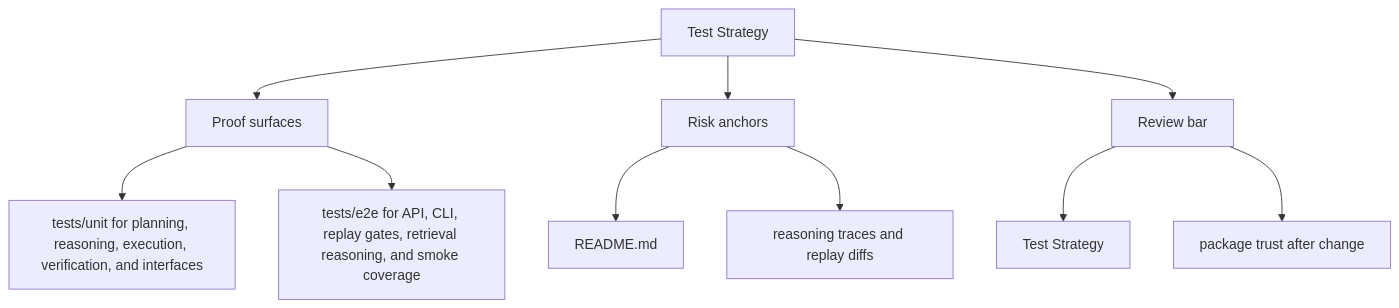
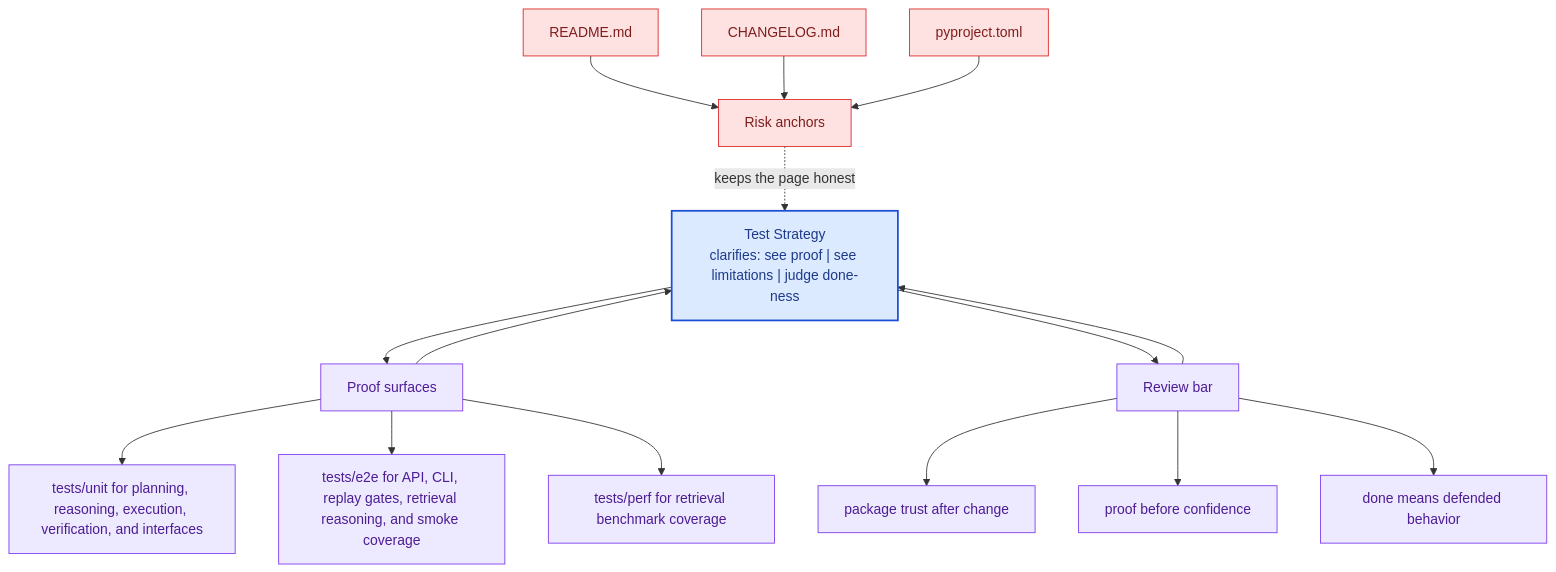
The second of 2 diagrams in docs/bijux-canon-reason/quality/test-strategy.md (bijux/bijux-canon), drawn with Mermaid before and after one commit. The commit also changed other lines of this file and 281 other files, not shown here.

Commit message:
docs(diagrams): deepen handbook mermaid maps across the catalog

````diff
--- a/docs/bijux-canon-reason/quality/test-strategy.md
+++ b/docs/bijux-canon-reason/quality/test-strategy.md
@@ -34,22 +67,41 @@
 ```mermaid
-flowchart TD
-    page["Test Strategy"]
+flowchart TB
+    promise["Test Strategy<br/>clarifies: see proof | see limitations | judge done-ness"]
+    classDef promise fill:#dbeafe,stroke:#1d4ed8,color:#1e3a8a,stroke-width:2px;
+    classDef driver fill:#dcfce7,stroke:#16a34a,color:#14532d;
+    classDef constraint fill:#fee2e2,stroke:#dc2626,color:#7f1d1d;
+    classDef ground fill:#ede9fe,stroke:#7c3aed,color:#4c1d95;
     focus1["Proof surfaces"]
-    page --> focus1
+    focus1 --> promise
+    promise --> focus1
     focus1_1["tests/unit for planning, reasoning, execution, verification, and interfaces"]
     focus1 --> focus1_1
     focus1_2["tests/e2e for API, CLI, replay gates, retrieval reasoning, and smoke coverage"]
     focus1 --> focus1_2
+    focus1_3["tests/perf for retrieval benchmark coverage"]
+    focus1 --> focus1_3
+    class focus1 ground;
+    class focus1_1,focus1_2,focus1_3 ground;
     focus2["Risk anchors"]
-    page --> focus2
+    focus2 -.keeps the page honest.-> promise
     focus2_1["README.md"]
-    focus2 --> focus2_1
-    focus2_2["reasoning traces and replay diffs"]
-    focus2 --> focus2_2
+    focus2_1 --> focus2
+    focus2_2["CHANGELOG.md"]
+    focus2_2 --> focus2
+    focus2_3["pyproject.toml"]
+    focus2_3 --> focus2
+    class focus2 constraint;
+    class focus2_1,focus2_2,focus2_3 constraint;
     focus3["Review bar"]
-    page --> focus3
-    focus3_1["Test Strategy"]
+    focus3 --> promise
+    promise --> focus3
+    focus3_1["package trust after change"]
     focus3 --> focus3_1
-    focus3_2["package trust after change"]
+    focus3_2["proof before confidence"]
     focus3 --> focus3_2
+    focus3_3["done means defended behavior"]
+    focus3 --> focus3_3
+    class focus3 ground;
+    class focus3_1,focus3_2,focus3_3 ground;
+    class promise promise;
 ```
````
